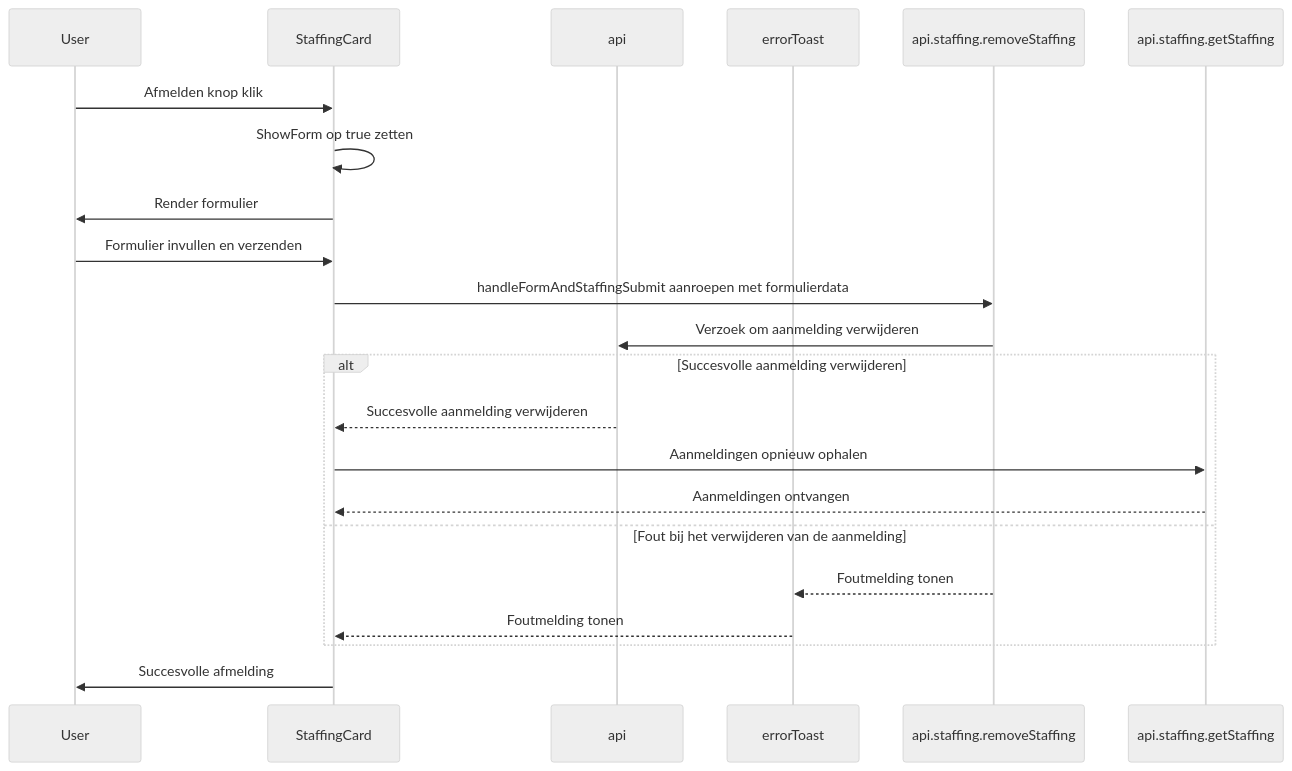
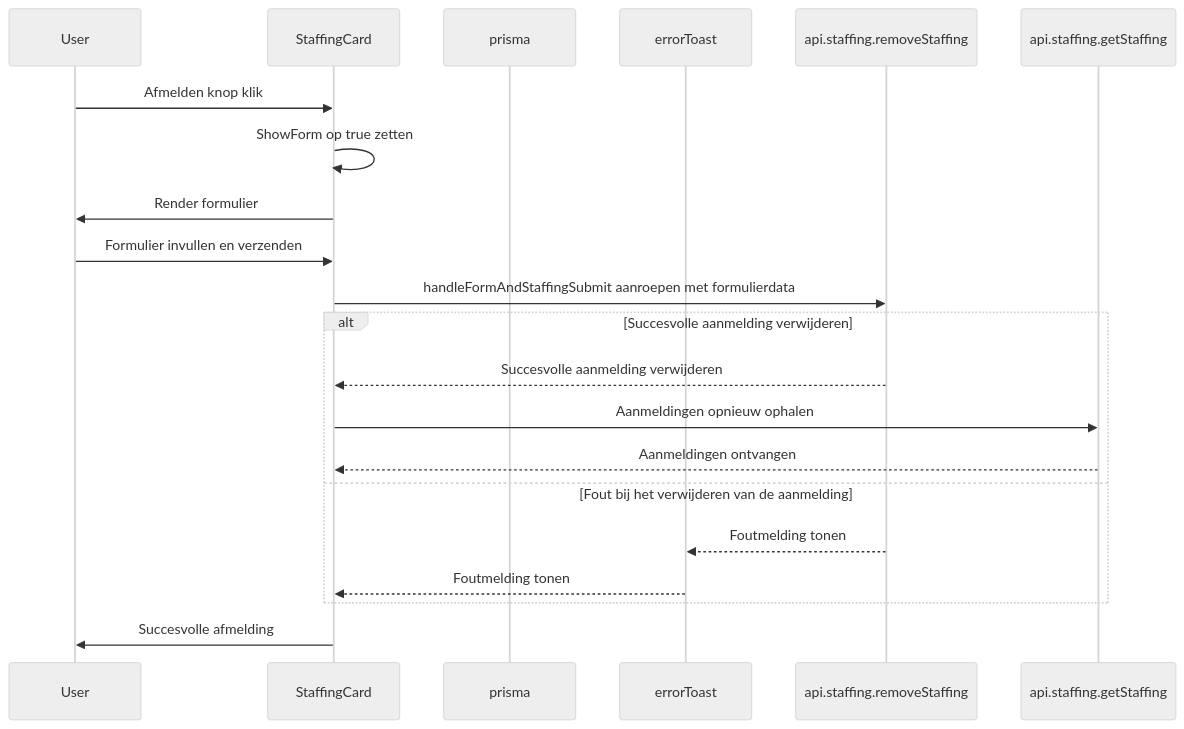
Before and after one commit to daymeijroos/UXIT-Planner-App: the diagram in documentation/sequence-diagram-afmelden-shift.mmd, drawn with Mermaid (neutral theme).

Commit message:
🩹: FIx diagram

```diff
--- a/documentation/sequence-diagram-afmelden-shift.mmd
+++ b/documentation/sequence-diagram-afmelden-shift.mmd
@@ -1,23 +1,22 @@
 sequenceDiagram
     participant User
     participant StaffingCard
-    participant api
+    participant prisma
     participant errorToast
 
     User->>StaffingCard: Afmelden knop klik
     StaffingCard->>StaffingCard: ShowForm op true zetten
     StaffingCard->>User: Render formulier
 
     User->>StaffingCard: Formulier invullen en verzenden
     StaffingCard->>api.staffing.removeStaffing: handleFormAndStaffingSubmit aanroepen met formulierdata
-    api.staffing.removeStaffing->>api: Verzoek om aanmelding verwijderen
     alt Succesvolle aanmelding verwijderen
-        api-->>StaffingCard: Succesvolle aanmelding verwijderen
+        api.staffing.removeStaffing-->>StaffingCard: Succesvolle aanmelding verwijderen
         StaffingCard->>api.staffing.getStaffing: Aanmeldingen opnieuw ophalen
         api.staffing.getStaffing-->>StaffingCard: Aanmeldingen ontvangen
     else Fout bij het verwijderen van de aanmelding
         api.staffing.removeStaffing-->>errorToast: Foutmelding tonen
         errorToast-->>StaffingCard: Foutmelding tonen
     end
 
     StaffingCard->>User: Succesvolle afmelding
```
